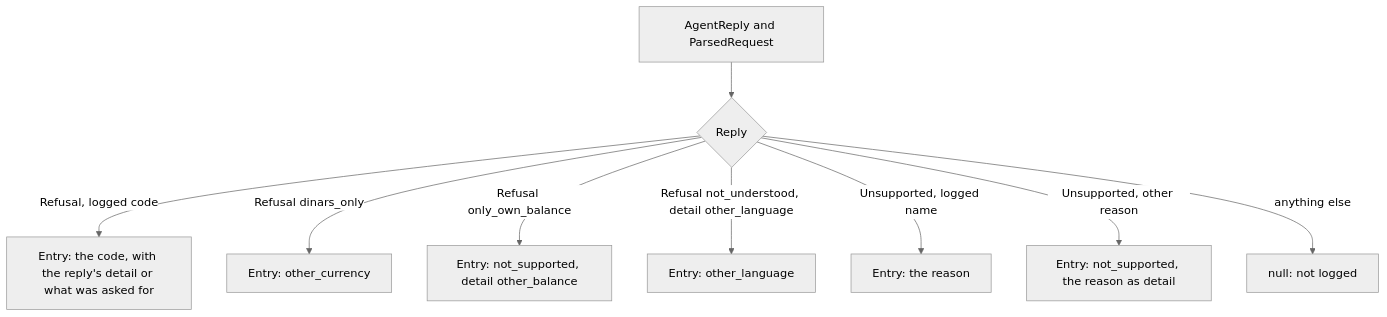
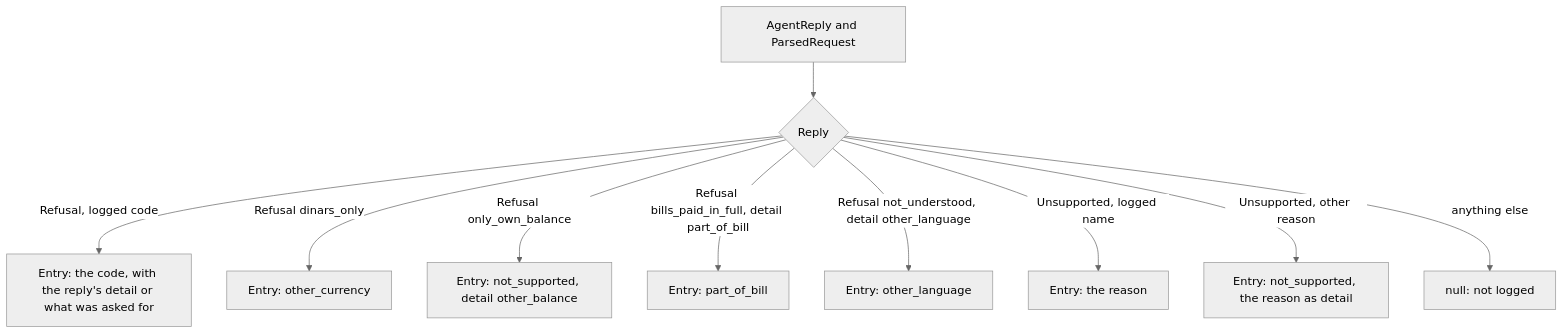
Before and after one commit to Khalil-Alhadidi/Naqoli: diagram 16 of 16 in docs/agent-core.md, drawn with Mermaid (neutral theme). The commit also changed other lines of this file and 15 other files, not shown here.

Commit message:
feat(agent): part of a bill is refused with the full amount from the biller (D9); ADD-04 and ADD-05 drafted for Khalil; amount_due graded

````diff
--- a/docs/agent-core.md
+++ b/docs/agent-core.md
@@ -749,11 +756,12 @@
 ```mermaid
 flowchart TD
     reply["AgentReply and ParsedRequest"] --> kind{"Reply"}
     kind -- "Refusal, logged code" --> logged["Entry: the code, with the reply's detail or what was asked for"]
     kind -- "Refusal dinars_only" --> currency["Entry: other_currency"]
     kind -- "Refusal only_own_balance" --> balance["Entry: not_supported, detail other_balance"]
+    kind -- "Refusal bills_paid_in_full, detail part_of_bill" --> partial["Entry: part_of_bill"]
     kind -- "Refusal not_understood, detail other_language" --> language["Entry: other_language"]
     kind -- "Unsupported, logged name" --> named["Entry: the reason"]
     kind -- "Unsupported, other reason" --> other["Entry: not_supported, the reason as detail"]
     kind -- "anything else" --> none["null: not logged"]
 ```
````
